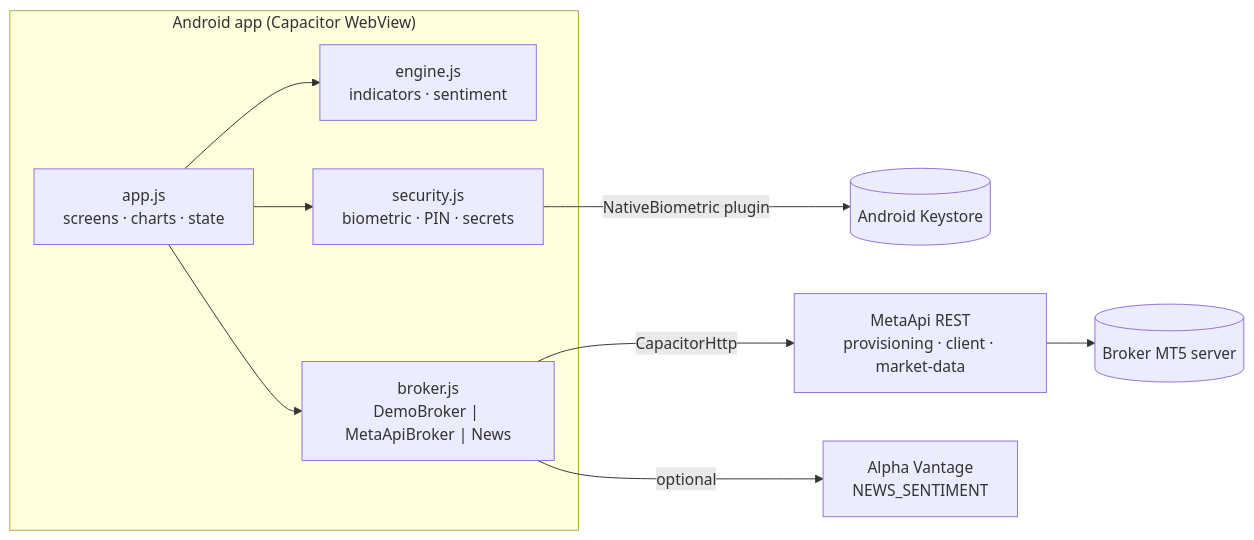
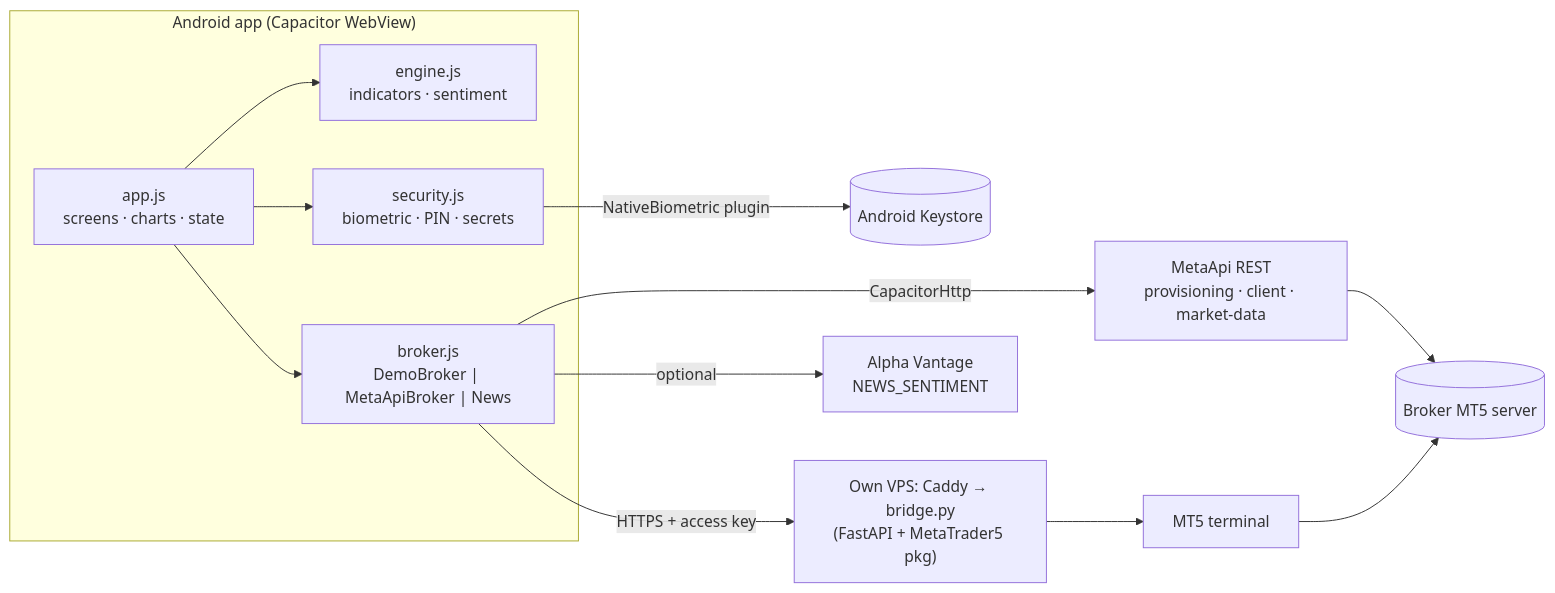
The first of 2 diagrams in docs/ARCHITECTURE.md (dnzryts/Tradebot), drawn with Mermaid before and after one commit. The commit also changed other lines of this file and 13 other files, not shown here.

First line of the commit message:
feat: Own VPS bridge, a free MT5 connection via official MetaTrader5 package (v1.3.0)

````diff
--- a/docs/ARCHITECTURE.md
+++ b/docs/ARCHITECTURE.md
@@ -3,16 +3,18 @@
 ```mermaid
 flowchart LR
   subgraph Phone["Android app (Capacitor WebView)"]
     UI["app.js<br/>screens · charts · state"]
     ENG["engine.js<br/>indicators · sentiment"]
     BRK["broker.js<br/>DemoBroker | MetaApiBroker | News"]
     SEC["security.js<br/>biometric · PIN · secrets"]
     UI --> ENG
     UI --> BRK
     UI --> SEC
   end
   SEC -->|NativeBiometric plugin| KS[("Android Keystore")]
   BRK -->|CapacitorHttp| MA["MetaApi REST<br/>provisioning · client · market-data"]
   MA --> MT5[("Broker MT5 server")]
+  BRK -->|HTTPS + access key| BR["Own VPS: Caddy → bridge.py<br/>(FastAPI + MetaTrader5 pkg)"]
+  BR --> TERM["MT5 terminal"] --> MT5
   BRK -->|optional| AV["Alpha Vantage<br/>NEWS_SENTIMENT"]
 ```
````
